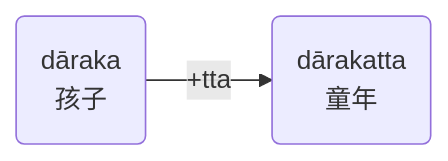
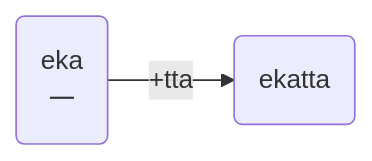
The first of 42 diagrams in src/derivative/bheda.md (iapt-platform/pali-handbook), drawn with Mermaid before and after one commit. The commit also changed 12 other files, not shown here.

```diff
--- a/src/derivative/bheda.md
+++ b/src/derivative/bheda.md
@@ -18,6 +18,6 @@
 <div class="mermaid">
 flowchart LR
-X("dāraka<br>孩子")
-Y("dārakatta<br>童年")
+X("eka<br>一")
+Y("ekatta<br>")
 X--"+tta"-->Y
 </div>
```
